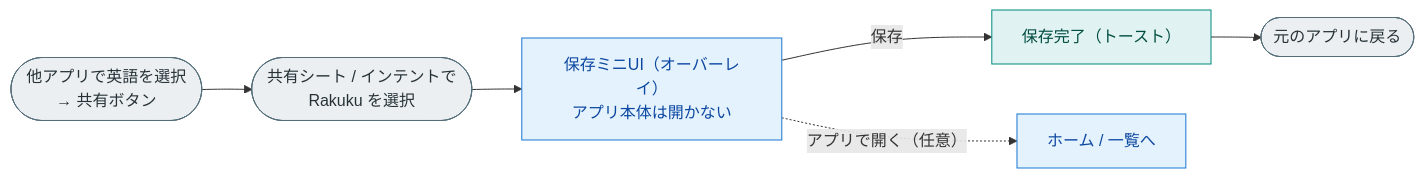
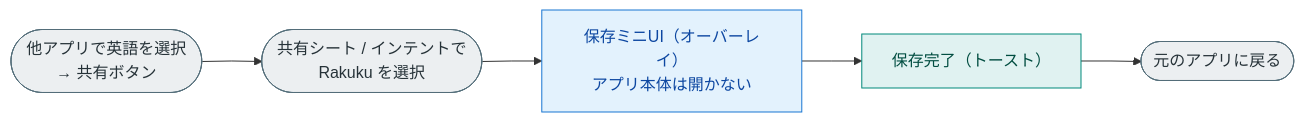
The third of 5 diagrams in docs/screen-flow.md (komikonkon/Rakuku), drawn with Mermaid before and after one commit. The commit also changed other lines of this file and 1 other file, not shown here.

First line of the commit message:
Rework diagrams per LIG zukai guidelines: straight lines, fewer crossings, eye-flow

````diff
--- a/docs/screen-flow.md
+++ b/docs/screen-flow.md
@@ -74,12 +72,12 @@
 ```mermaid
+%%{init: {'flowchart': {'curve': 'linear', 'rankSpacing': 60}}}%%
 flowchart LR
     Ext(["他アプリで英語を選択<br/>→ 共有ボタン"]):::term --> Sheet(["共有シート / インテントで<br/>Rakuku を選択"]):::term
     Sheet --> MiniUI["保存ミニUI（オーバーレイ）<br/>アプリ本体は開かない"]:::screen
-    MiniUI -->|保存| Done["保存完了（トースト）"]:::proc
+    MiniUI --> Done["保存完了（トースト）"]:::proc
     Done --> BackExt(["元のアプリに戻る"]):::term
-    MiniUI -.->|アプリで開く（任意）| HomeRef["ホーム / 一覧へ"]:::screen
 
     classDef term   fill:#ECEFF1,stroke:#546E7A,color:#263238;
     classDef screen fill:#E3F2FD,stroke:#1976D2,color:#0D47A1;
     classDef proc   fill:#E0F2F1,stroke:#00897B,color:#004D40;
 ```
````
